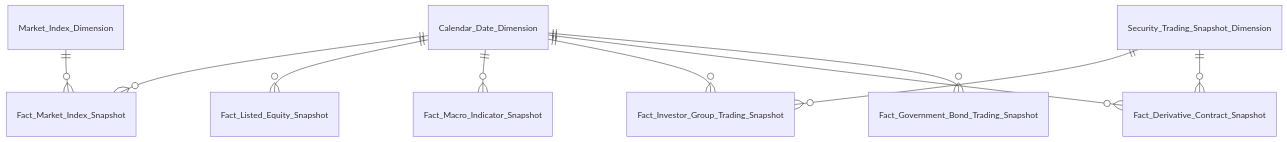
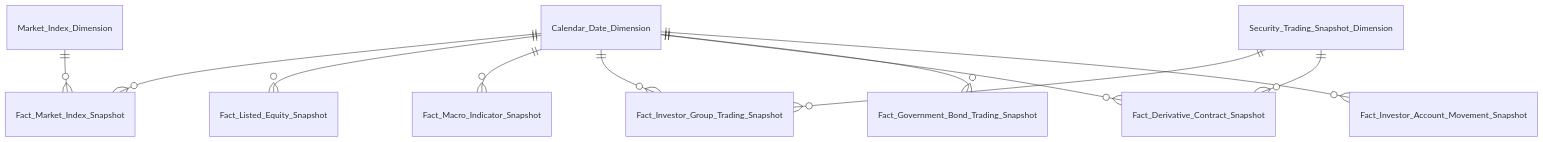
One commit to linhlvit/ubck_atomic_design changed diagram 32 of 32 in Datamart/hld/DTM_VP_Entities.md. Above: the diagram before and after it, drawn with Mermaid. The commit also changed other lines of this file and 12 other files, not shown here.

````diff
--- a/Datamart/hld/DTM_VP_Entities.md
+++ b/Datamart/hld/DTM_VP_Entities.md
@@ -441,12 +493,13 @@
 ```mermaid
 erDiagram
     Calendar_Date_Dimension ||--o{ Fact_Market_Index_Snapshot : " "
     Calendar_Date_Dimension ||--o{ Fact_Listed_Equity_Snapshot : " "
     Calendar_Date_Dimension ||--o{ Fact_Macro_Indicator_Snapshot : " "
     Calendar_Date_Dimension ||--o{ Fact_Investor_Group_Trading_Snapshot : " "
     Calendar_Date_Dimension ||--o{ Fact_Derivative_Contract_Snapshot : " "
     Calendar_Date_Dimension ||--o{ Fact_Government_Bond_Trading_Snapshot : " "
+    Calendar_Date_Dimension ||--o{ Fact_Investor_Account_Movement_Snapshot : " "
     Market_Index_Dimension ||--o{ Fact_Market_Index_Snapshot : " "
     Security_Trading_Snapshot_Dimension ||--o{ Fact_Investor_Group_Trading_Snapshot : " "
     Security_Trading_Snapshot_Dimension ||--o{ Fact_Derivative_Contract_Snapshot : " "
 ```
````
